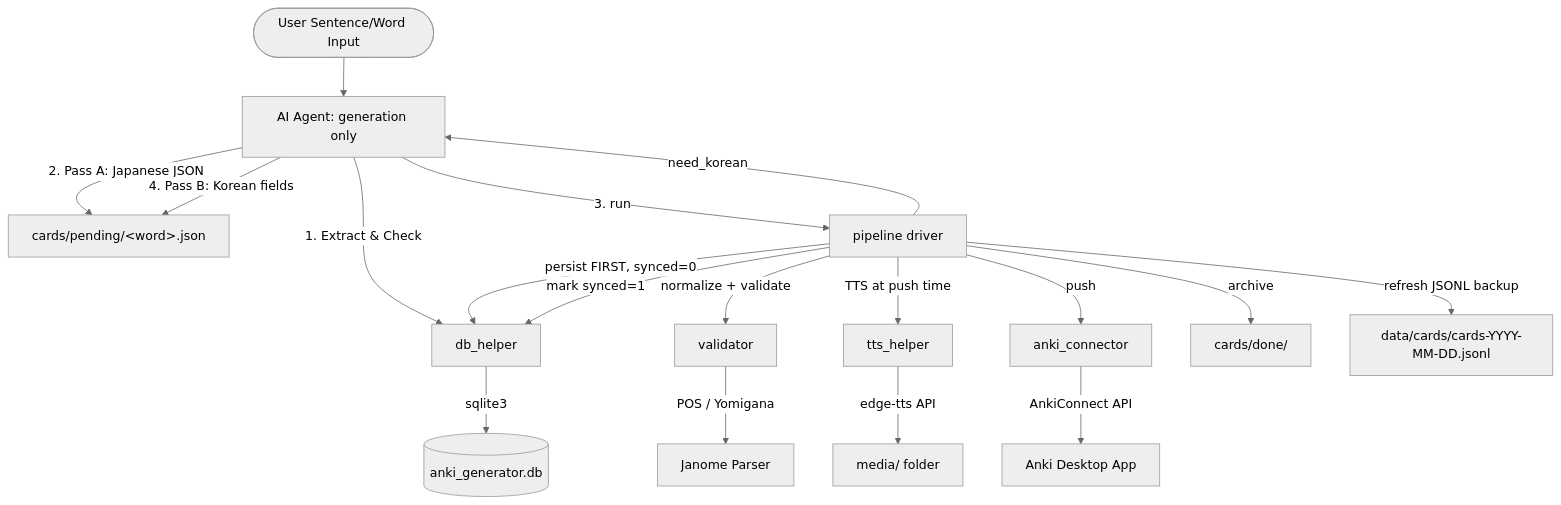
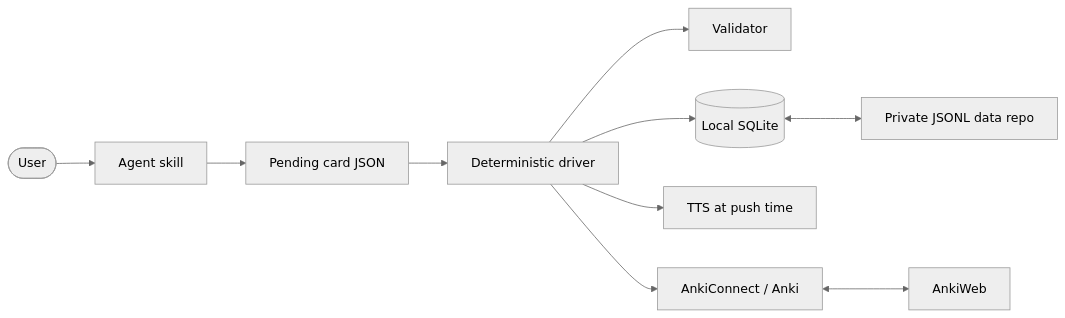
Before and after one commit to mjkimR/anki-generator: the diagram in docs/architecture.md, drawn with Mermaid (neutral theme). The commit also changed other lines of this file and 24 other files, not shown here.

First line of the commit message:
docs: update system design guides, architecture documents, and ADRs

````diff
--- a/docs/architecture.md
+++ b/docs/architecture.md
@@ -5,20 +10,12 @@
 ```mermaid
-graph TD
-    User([User Sentence/Word Input]) --> Agent[AI Agent: generation only]
-    Agent -->|1. Extract & Check| DB[db_helper]
-    Agent -->|2. Pass A: Japanese JSON| WorkFile["cards/pending/&lt;word&gt;.json"]
-    Agent -->|3. run| Pipeline[pipeline driver]
-    Pipeline -->|normalize + validate| Validator[validator]
-    Validator -->|POS / Yomigana| Janome[Janome Parser]
-    Pipeline -->|need_korean| Agent
-    Agent -->|4. Pass B: Korean fields| WorkFile
-    Pipeline -->|persist FIRST, synced=0| DB
-    DB -->|sqlite3| DB_File[(anki_generator.db)]
-    Pipeline -->|TTS at push time| TTS[tts_helper]
-    TTS -->|edge-tts API| Media[media/ folder]
-    Pipeline -->|push| Connector[anki_connector]
-    Connector -->|AnkiConnect API| Anki[Anki Desktop App]
-    Pipeline -->|mark synced=1| DB
-    Pipeline -->|archive| Done["cards/done/"]
-    Pipeline -->|refresh JSONL backup| Data["data/cards/cards-YYYY-MM-DD.jsonl"]
+flowchart LR
+    User([User]) --> Agent[Agent skill]
+    Agent --> Work[Pending card JSON]
+    Work --> Driver[Deterministic driver]
+    Driver --> Validate[Validator]
+    Driver --> DB[(Local SQLite)]
+    DB <--> Mirror[Private JSONL data repo]
+    Driver --> TTS[TTS at push time]
+    Driver --> Anki[AnkiConnect / Anki]
+    Anki <--> AnkiWeb[AnkiWeb]
 ```
````
